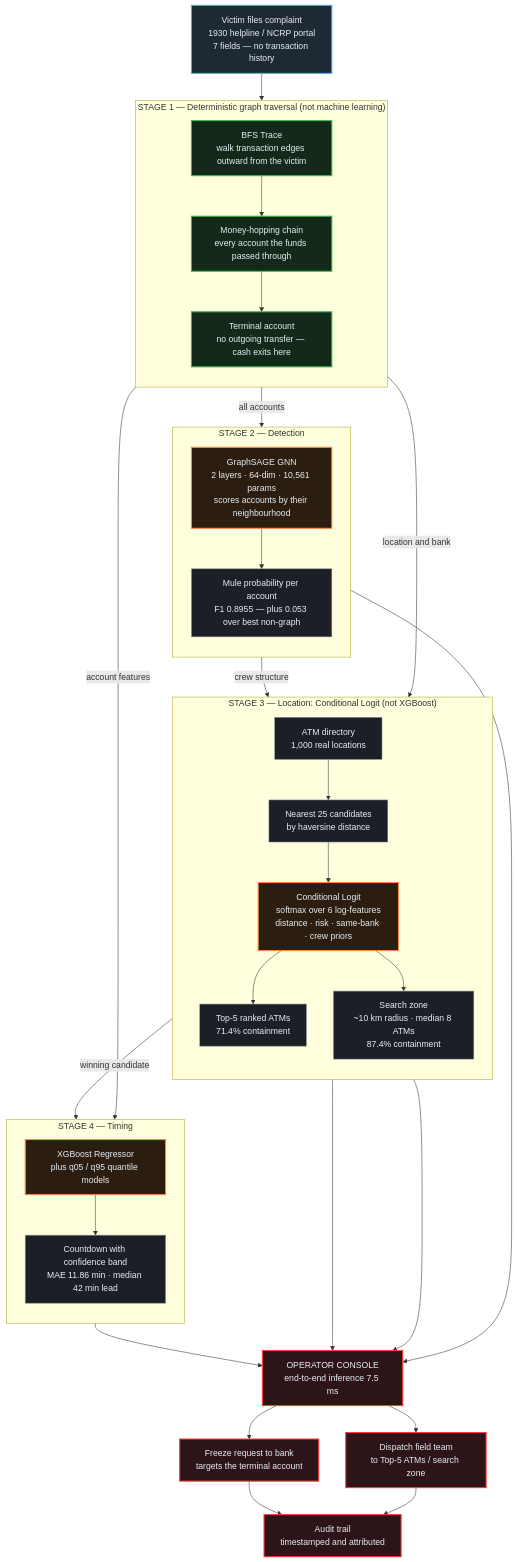
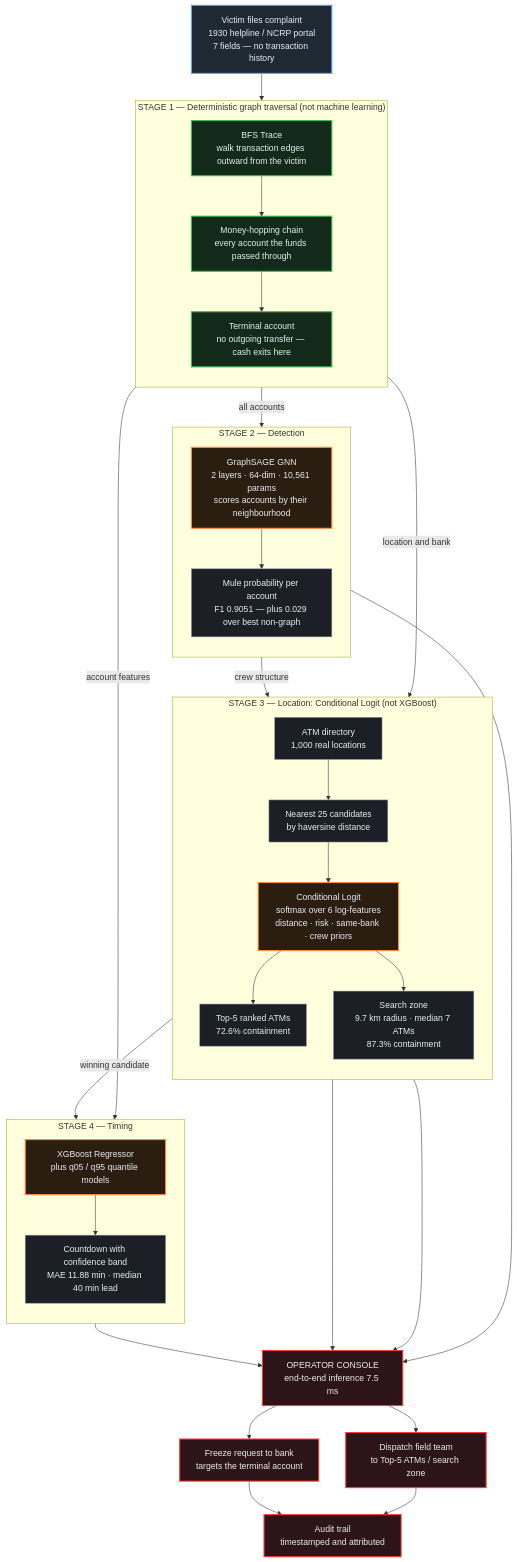
One commit to Muleshieldsih/Muleshield changed the diagram in docs/architecture.mmd. Above: the diagram before and after it, drawn with Mermaid. The commit also changed 6 other files, not shown here.

```diff
--- a/docs/architecture.mmd
+++ b/docs/architecture.mmd
@@ -1,78 +1,78 @@
 flowchart TD
     %% ============ INPUT ============
     IN["Victim files complaint<br/>1930 helpline / NCRP portal<br/>7 fields — no transaction history"]
 
     %% ============ STAGE 1 — NOT ML ============
     subgraph S1 ["STAGE 1 — Deterministic graph traversal (not machine learning)"]
         direction TB
         BFS["BFS Trace<br/>walk transaction edges outward from the victim"]
         CHAIN["Money-hopping chain<br/>every account the funds passed through"]
         TERM["Terminal account<br/>no outgoing transfer — cash exits here"]
         BFS --> CHAIN --> TERM
     end
 
     %% ============ STAGE 2 — DETECTION ============
     subgraph S2 ["STAGE 2 — Detection"]
         direction TB
         GNN["GraphSAGE GNN<br/>2 layers · 64-dim · 10,561 params<br/>scores accounts by their neighbourhood"]
-        RISK["Mule probability per account<br/>F1 0.8955 — plus 0.053 over best non-graph"]
+        RISK["Mule probability per account<br/>F1 0.9051 — plus 0.029 over best non-graph"]
         GNN --> RISK
     end
 
     %% ============ STAGE 3 — LOCATION ============
     subgraph S3 ["STAGE 3 — Location: Conditional Logit (not XGBoost)"]
         direction TB
         DIR["ATM directory<br/>1,000 real locations"]
         CAND["Nearest 25 candidates<br/>by haversine distance"]
         LOGIT["Conditional Logit<br/>softmax over 6 log-features<br/>distance · risk · same-bank · crew priors"]
-        TOP5["Top-5 ranked ATMs<br/>71.4% containment"]
-        ZONE["Search zone<br/>~10 km radius · median 8 ATMs<br/>87.4% containment"]
+        TOP5["Top-5 ranked ATMs<br/>72.6% containment"]
+        ZONE["Search zone<br/>9.7 km radius · median 7 ATMs<br/>87.3% containment"]
         DIR --> CAND --> LOGIT
         LOGIT --> TOP5
         LOGIT --> ZONE
     end
 
     %% ============ STAGE 4 — TIMING ============
     subgraph S4 ["STAGE 4 — Timing"]
         direction TB
         XGB["XGBoost Regressor<br/>plus q05 / q95 quantile models"]
-        CLOCK["Countdown with confidence band<br/>MAE 11.86 min · median 42 min lead"]
+        CLOCK["Countdown with confidence band<br/>MAE 11.88 min · median 40 min lead"]
         XGB --> CLOCK
     end
 
     %% ============ OUTPUT ============
     CONSOLE["OPERATOR CONSOLE<br/>end-to-end inference 7.5 ms"]
     FREEZE["Freeze request to bank<br/>targets the terminal account"]
     DISPATCH["Dispatch field team<br/>to Top-5 ATMs / search zone"]
     AUDIT["Audit trail<br/>timestamped and attributed"]
 
     %% ============ FLOW ============
     IN --> BFS
     CHAIN -- "all accounts" --> GNN
     TERM -- "location and bank" --> DIR
     TERM -- "account features" --> XGB
     RISK -- "crew structure" --> LOGIT
     TOP5 -- "winning candidate" --> XGB
 
     RISK --> CONSOLE
     TOP5 --> CONSOLE
     ZONE --> CONSOLE
     CLOCK --> CONSOLE
 
     CONSOLE --> FREEZE
     CONSOLE --> DISPATCH
     FREEZE --> AUDIT
     DISPATCH --> AUDIT
 
     %% ============ STYLING ============
     classDef input fill:#1f2933,stroke:#58a6ff,stroke-width:2px,color:#e6edf3
     classDef nonml fill:#132a1a,stroke:#3fb950,stroke-width:2px,color:#e6edf3
     classDef model fill:#2b1d10,stroke:#ff8c42,stroke-width:2px,color:#e6edf3
     classDef result fill:#1c1f26,stroke:#8b949e,stroke-width:1px,color:#e6edf3
     classDef action fill:#2d1418,stroke:#ff3b3b,stroke-width:2px,color:#e6edf3
 
     class IN input
     class BFS,CHAIN,TERM nonml
     class GNN,LOGIT,XGB model
     class RISK,DIR,CAND,TOP5,ZONE,CLOCK result
     class CONSOLE,FREEZE,DISPATCH,AUDIT action
```
